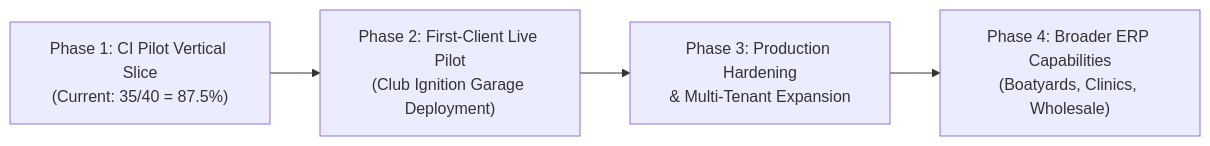
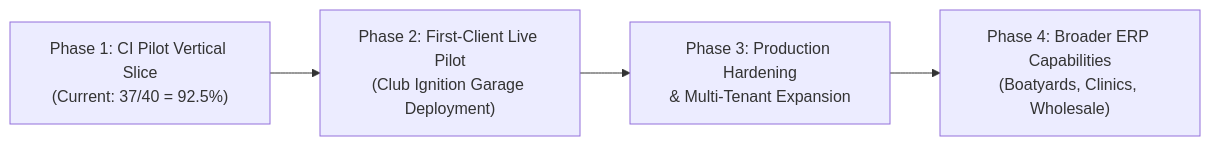
One commit to almstq/starqERP changed the diagram in README.md. Above: the diagram before and after it, drawn with Mermaid. The commit also changed other lines of this file, not shown here.

````diff
--- a/README.md
+++ b/README.md
@@ -63,6 +63,6 @@
 ```mermaid
 flowchart LR
-    A["Phase 1: CI Pilot Vertical Slice\n(Current: 35/40 = 87.5%)"] --> B["Phase 2: First-Client Live Pilot\n(Club Ignition Garage Deployment)"]
+    A["Phase 1: CI Pilot Vertical Slice\n(Current: 37/40 = 92.5%)"] --> B["Phase 2: First-Client Live Pilot\n(Club Ignition Garage Deployment)"]
     B --> C["Phase 3: Production Hardening\n& Multi-Tenant Expansion"]
     C --> D["Phase 4: Broader ERP Capabilities\n(Boatyards, Clinics, Wholesale)"]
 ```
````
